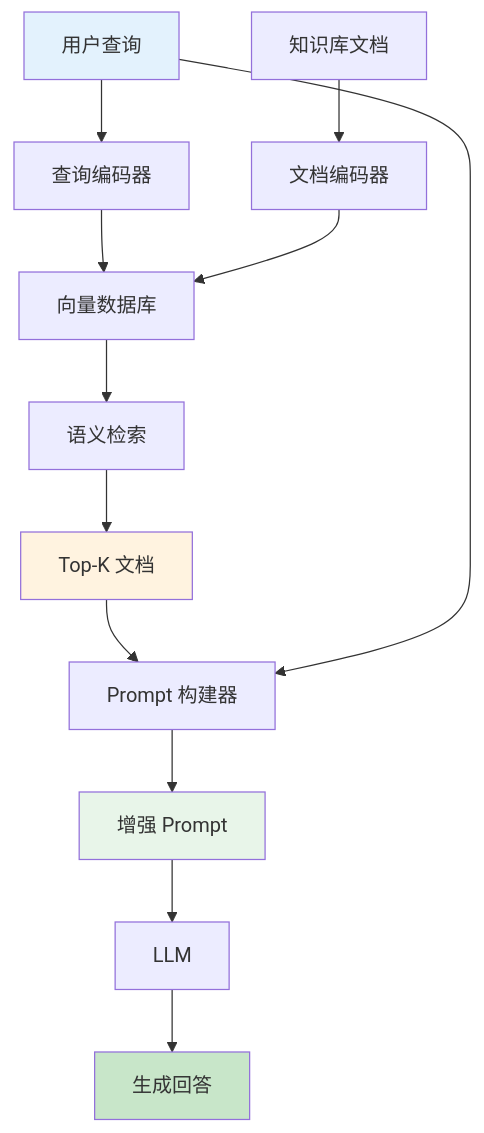
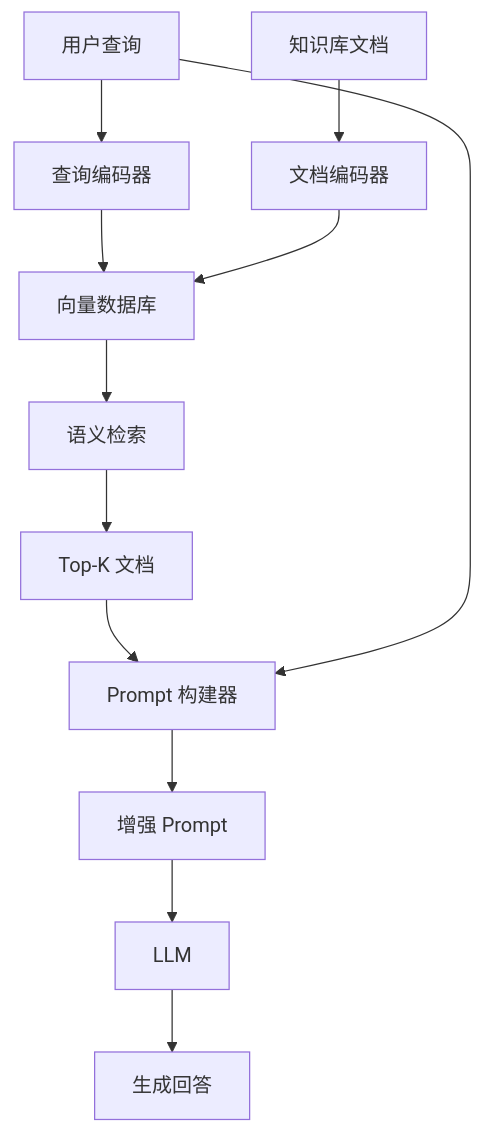
One commit to yuexiaoliang/prompt-engineering-learning changed the fourth of 6 diagrams in 04-agents-tools-zh.md. Above: the diagram before and after it, drawn with Mermaid. The commit also changed other lines of this file and 9 other files, not shown here.

First line of the commit message:
fix(prompt-engineering): remove hardcoded mermaid fill styles for theme auto-adaptation

````diff
--- a/04-agents-tools-zh.md
+++ b/04-agents-tools-zh.md
@@ -299,22 +291,18 @@
 ```mermaid
 flowchart TD
     A[用户查询] --> B[查询编码器]
     B --> C[向量数据库]
     C --> D[语义检索]
     D --> E[Top-K 文档]
 
     E --> F[Prompt 构建器]
     A --> F
 
     F --> G[增强 Prompt]
     G --> H[LLM]
     H --> I[生成回答]
 
     J[知识库文档] --> K[文档编码器]
     K --> C
 
-    style A fill:#e3f2fd
-    style E fill:#fff3e0
-    style G fill:#e8f5e9
-    style I fill:#c8e6c9
 ```
````
